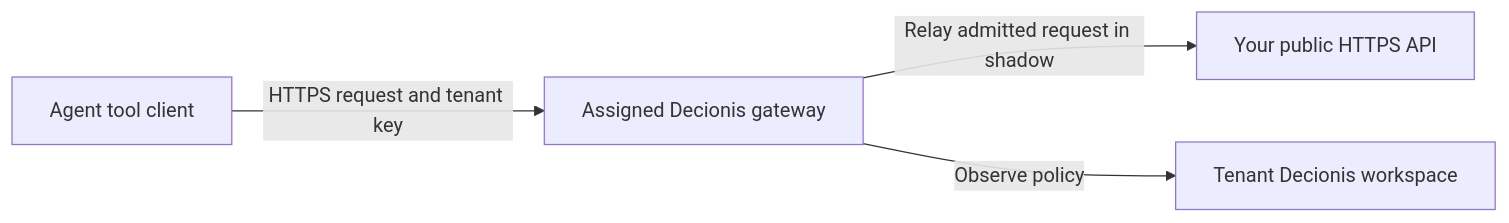
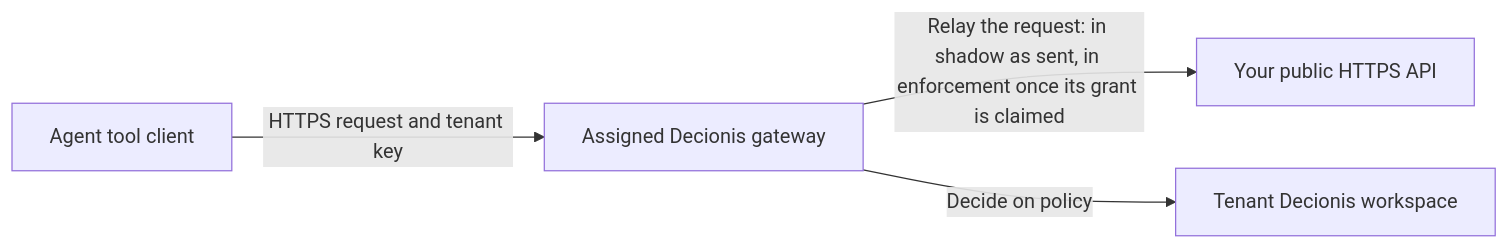
One commit to decionis/agent-safe-pipeline changed the second of 2 diagrams in docs/gateway/deployment.md. Above: the diagram before and after it, drawn with Mermaid. The commit also changed other lines of this file and 9 other files, not shown here.

````diff
--- a/docs/gateway/deployment.md
+++ b/docs/gateway/deployment.md
@@ -357,6 +357,6 @@
 ```mermaid
 flowchart LR
     A[Agent tool client] -->|HTTPS request and tenant key| H[Assigned Decionis gateway]
-    H -->|Relay admitted request in shadow| U[Your public HTTPS API]
-    H -->|Observe policy| D[Tenant Decionis workspace]
+    H -->|Relay the request: in shadow as sent, in enforcement once its grant is claimed| U[Your public HTTPS API]
+    H -->|Decide on policy| D[Tenant Decionis workspace]
 ```
````
